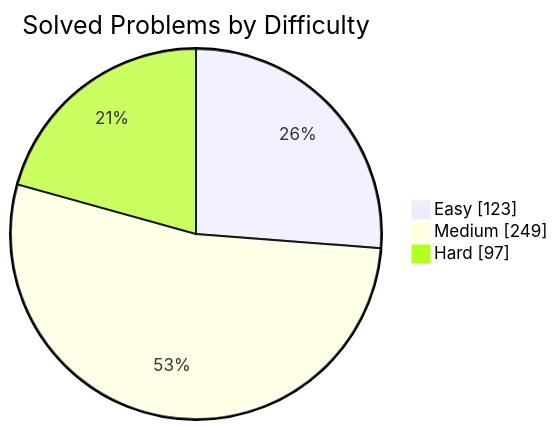
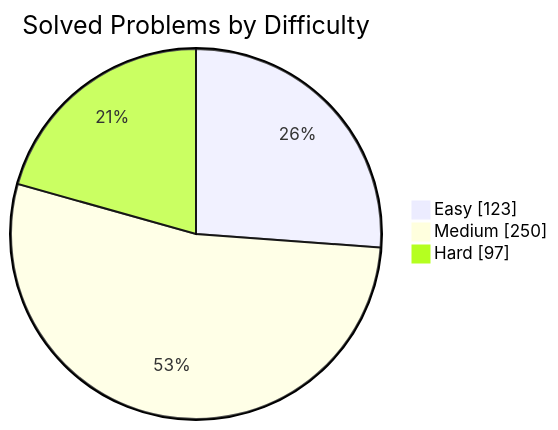
One commit to manikantbindass/DSA-Preparation-FAANG changed the first of 2 diagrams in README.md. Above: the diagram before and after it, drawn with Mermaid. The commit also changed other lines of this file and 1 other file, not shown here.

````diff
--- a/README.md
+++ b/README.md
@@ -77,7 +77,7 @@
 ```mermaid
 pie showData
     title Solved Problems by Difficulty
     "Easy" : 123
-    "Medium" : 249
+    "Medium" : 250
     "Hard" : 97
 ```
````
